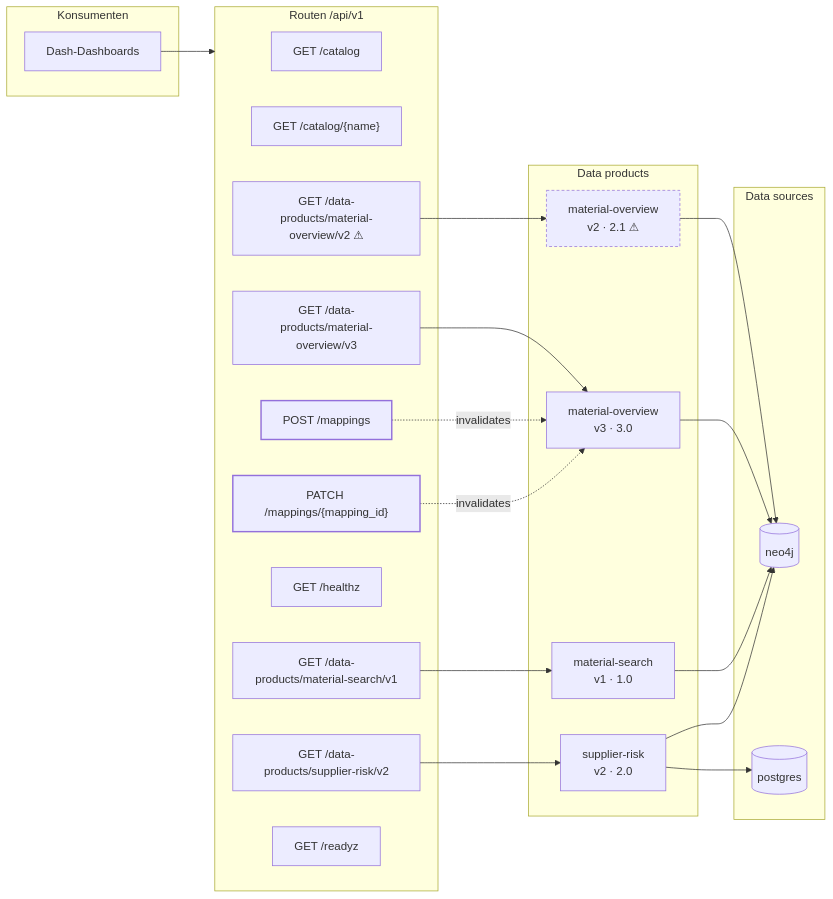
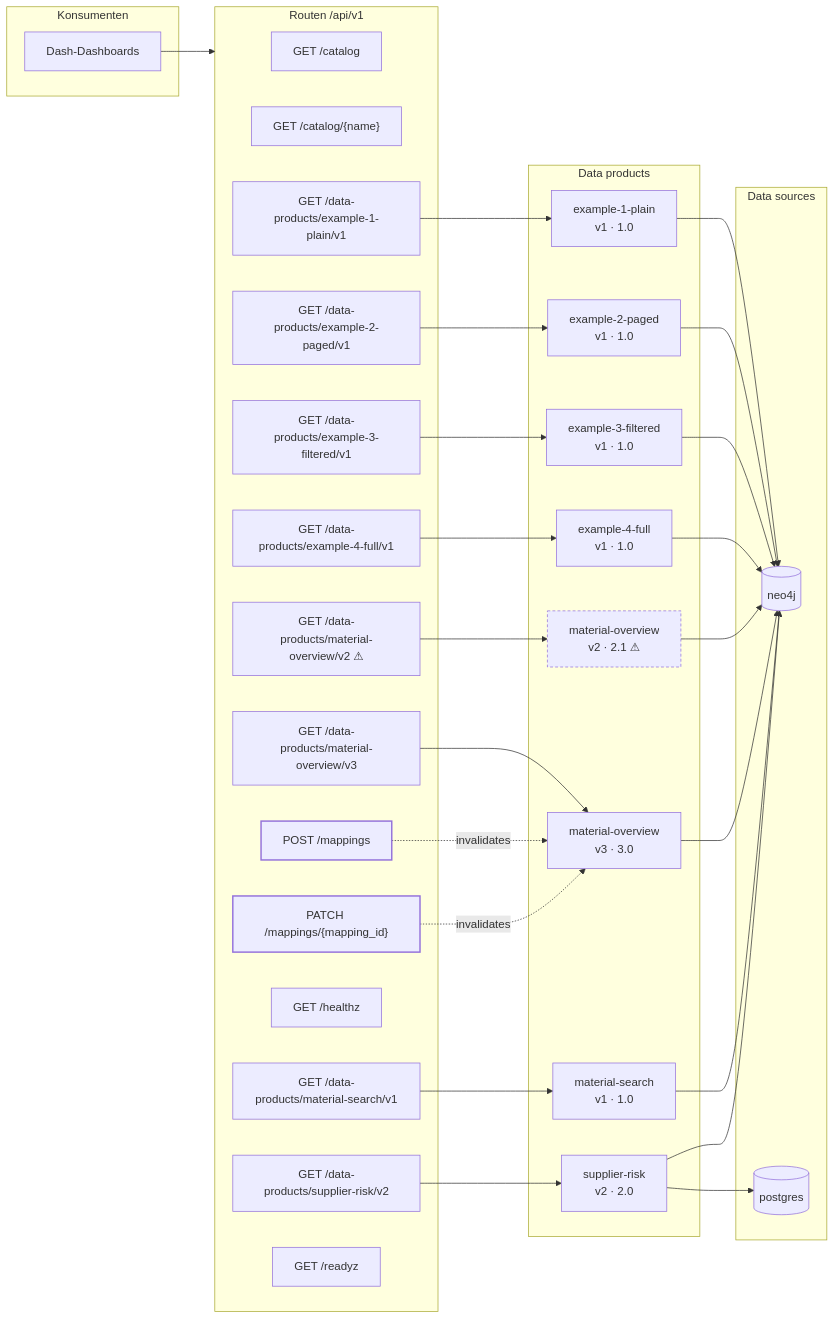
One commit to PlongoDongo/material_management_dashboard changed the first of 3 diagrams in docs/architecture.md. Above: the diagram before and after it, drawn with Mermaid. The commit also changed other lines of this file and 8 other files, not shown here.

````diff
--- a/docs/architecture.md
+++ b/docs/architecture.md
@@ -15,49 +15,65 @@
 ```mermaid
 flowchart LR
   subgraph clients["Konsumenten"]
     dash["Dash-Dashboards"]
   end
 
   subgraph routes["Routen /api/v1"]
     r__api_v1_catalog["GET /catalog"]
     r__api_v1_catalog__name_["GET /catalog/{name}"]
+    r__api_v1_data_products_example_1_plain_v1["GET /data-products/example-1-plain/v1"]
+    r__api_v1_data_products_example_2_paged_v1["GET /data-products/example-2-paged/v1"]
+    r__api_v1_data_products_example_3_filtered_v1["GET /data-products/example-3-filtered/v1"]
+    r__api_v1_data_products_example_4_full_v1["GET /data-products/example-4-full/v1"]
     r__api_v1_data_products_material_overview_v2["GET /data-products/material-overview/v2 ⚠"]
     r__api_v1_data_products_material_overview_v3["GET /data-products/material-overview/v3"]
     r__api_v1_data_products_material_search_v1["GET /data-products/material-search/v1"]
     r__api_v1_data_products_supplier_risk_v2["GET /data-products/supplier-risk/v2"]
     r__api_v1_healthz["GET /healthz"]
     r__api_v1_mappings["POST /mappings"]
     r__api_v1_mappings__mapping_id_["PATCH /mappings/{mapping_id}"]
     r__api_v1_readyz["GET /readyz"]
   end
 
   subgraph products["Data products"]
+    p_example_1_plain_1["example-1-plain<br/>v1 · 1.0"]
+    p_example_2_paged_1["example-2-paged<br/>v1 · 1.0"]
+    p_example_3_filtered_1["example-3-filtered<br/>v1 · 1.0"]
+    p_example_4_full_1["example-4-full<br/>v1 · 1.0"]
     p_material_overview_2["material-overview<br/>v2 · 2.1 ⚠"]
     p_material_overview_3["material-overview<br/>v3 · 3.0"]
     p_material_search_1["material-search<br/>v1 · 1.0"]
     p_supplier_risk_2["supplier-risk<br/>v2 · 2.0"]
   end
 
   subgraph sources["Data sources"]
     src_neo4j[("neo4j")]
     src_postgres[("postgres")]
   end
 
   dash --> routes
+  r__api_v1_data_products_example_1_plain_v1 --> p_example_1_plain_1
+  r__api_v1_data_products_example_2_paged_v1 --> p_example_2_paged_1
+  r__api_v1_data_products_example_3_filtered_v1 --> p_example_3_filtered_1
+  r__api_v1_data_products_example_4_full_v1 --> p_example_4_full_1
   r__api_v1_data_products_material_overview_v2 --> p_material_overview_2
   r__api_v1_data_products_material_overview_v3 --> p_material_overview_3
   r__api_v1_data_products_material_search_v1 --> p_material_search_1
   r__api_v1_data_products_supplier_risk_v2 --> p_supplier_risk_2
+  p_example_1_plain_1 --> src_neo4j
+  p_example_2_paged_1 --> src_neo4j
+  p_example_3_filtered_1 --> src_neo4j
+  p_example_4_full_1 --> src_neo4j
   p_material_overview_2 --> src_neo4j
   p_material_overview_3 --> src_neo4j
   p_material_search_1 --> src_neo4j
   p_supplier_risk_2 --> src_neo4j
   p_supplier_risk_2 --> src_postgres
   r__api_v1_mappings -.->|invalidates| p_material_overview_3
   r__api_v1_mappings__mapping_id_ -.->|invalidates| p_material_overview_3
 
   classDef deprecated stroke-dasharray: 4 3;
   classDef write stroke-width:2px;
   class p_material_overview_2 deprecated;
   class r__api_v1_mappings,r__api_v1_mappings__mapping_id_ write;
 ```
````
